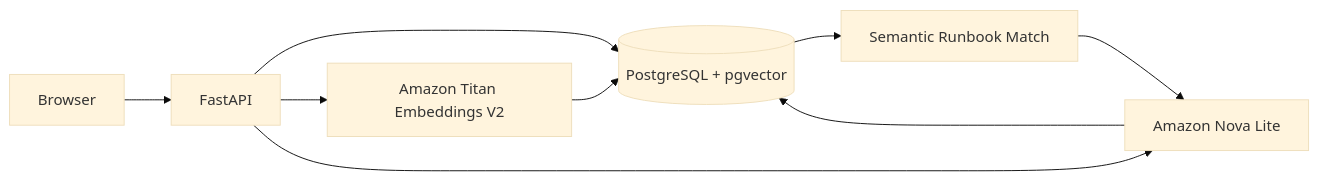
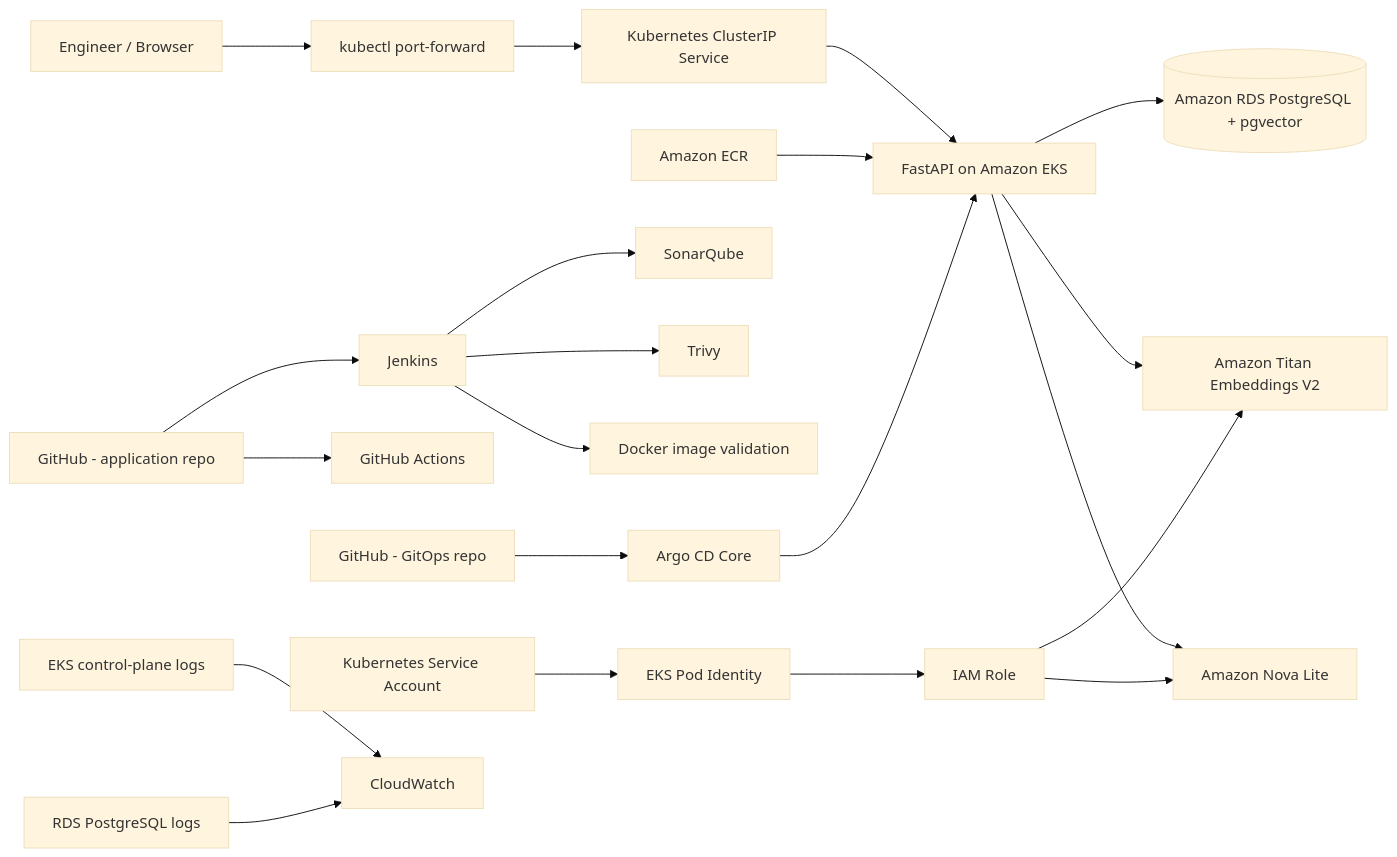
One commit to Nidhi8901/opspilot-ai. changed the first of 2 diagrams in README.md. Above: the diagram before and after it, drawn with Mermaid (base theme). The commit also changed other lines of this file and 16 other files, not shown here.

````diff
--- a/README.md
+++ b/README.md
@@ -64,11 +82,29 @@
 ```mermaid
 flowchart LR
-    U[Browser] --> A[FastAPI]
-    A --> P[(PostgreSQL + pgvector)]
-    A --> T[Amazon Titan Embeddings V2]
-    T --> P
-    P --> R[Semantic Runbook Match]
-    R --> N[Amazon Nova Lite]
-    A --> N
-    N --> P
+    U[Engineer / Browser] --> PF[kubectl port-forward]
+    PF --> SVC[Kubernetes ClusterIP Service]
+    SVC --> API[FastAPI on Amazon EKS]
+
+    API --> RDS[(Amazon RDS PostgreSQL + pgvector)]
+    API --> TITAN[Amazon Titan Embeddings V2]
+    API --> NOVA[Amazon Nova Lite]
+
+    SA[Kubernetes Service Account] --> PI[EKS Pod Identity]
+    PI --> IAM[IAM Role]
+    IAM --> TITAN
+    IAM --> NOVA
+
+    GH[GitHub - application repo] --> GHA[GitHub Actions]
+    GH --> J[Jenkins]
+    J --> SQ[SonarQube]
+    J --> TV[Trivy]
+    J --> IMG[Docker image validation]
+
+    ECR[Amazon ECR] --> API
+
+    GITOPS[GitHub - GitOps repo] --> ARGO[Argo CD Core]
+    ARGO --> API
+
+    EKSLOG[EKS control-plane logs] --> CW[CloudWatch]
+    RDSLOG[RDS PostgreSQL logs] --> CW
 ```
````
